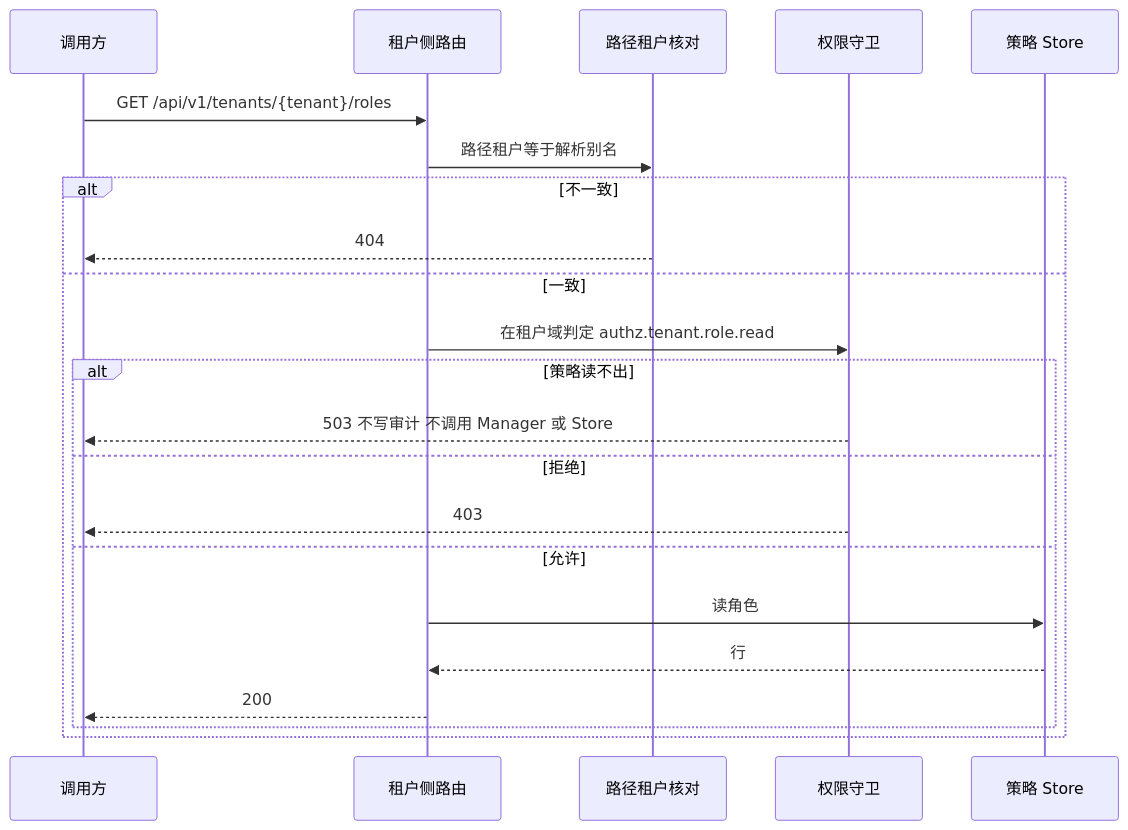
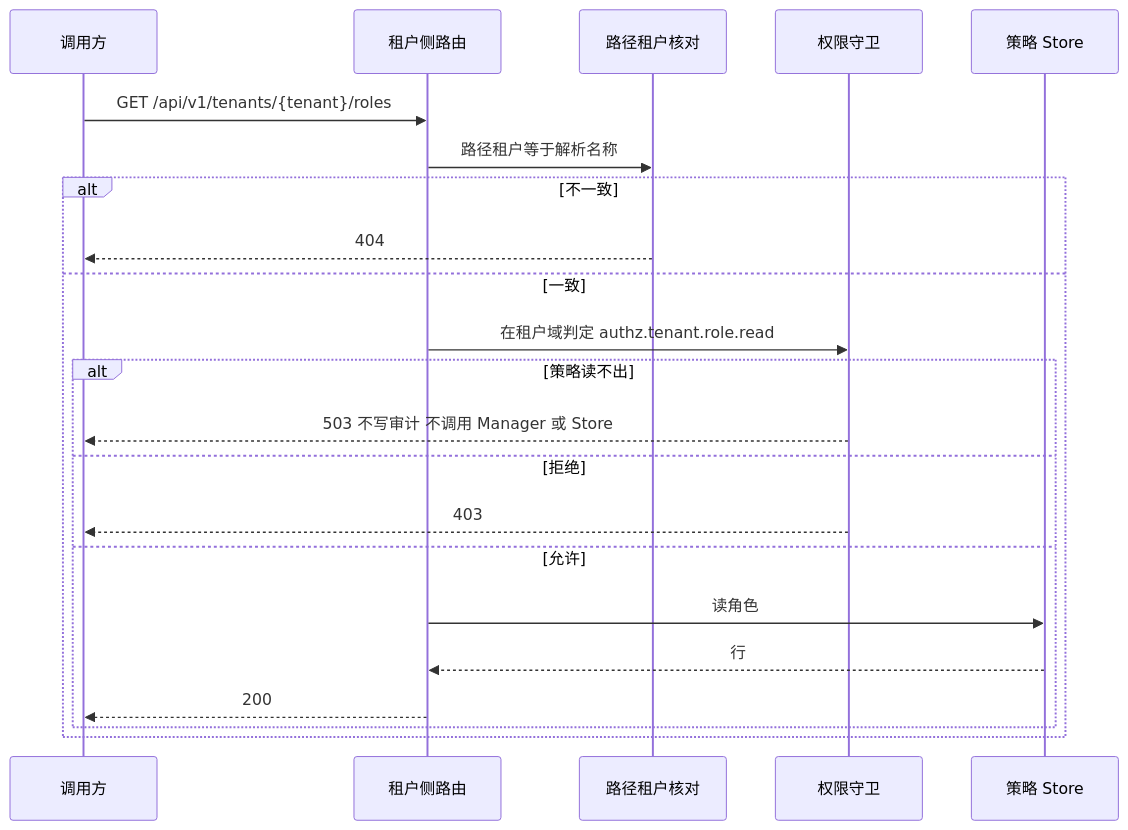
The first of 2 diagrams in docs/adr/adr-authz-tenant-management.md (wangzw/speed), drawn with Mermaid before and after one commit. The commit also changed other lines of this file and 300 other files, not shown here.

````diff
--- a/docs/adr/adr-authz-tenant-management.md
+++ b/docs/adr/adr-authz-tenant-management.md
@@ -72,24 +72,24 @@
 ```mermaid
 sequenceDiagram
     participant C as 调用方
     participant R as 租户侧路由
     participant T as 路径租户核对
     participant G as 权限守卫
     participant S as 策略 Store
     C->>R: GET /api/v1/tenants/{tenant}/roles
-    R->>T: 路径租户等于解析别名
+    R->>T: 路径租户等于解析名称
     alt 不一致
         T-->>C: 404
     else 一致
         R->>G: 在租户域判定 authz.tenant.role.read
         alt 策略读不出
             G-->>C: 503 不写审计 不调用 Manager 或 Store
         else 拒绝
             G-->>C: 403
         else 允许
             R->>S: 读角色
             S-->>R: 行
             R-->>C: 200
         end
     end
 ```
````
